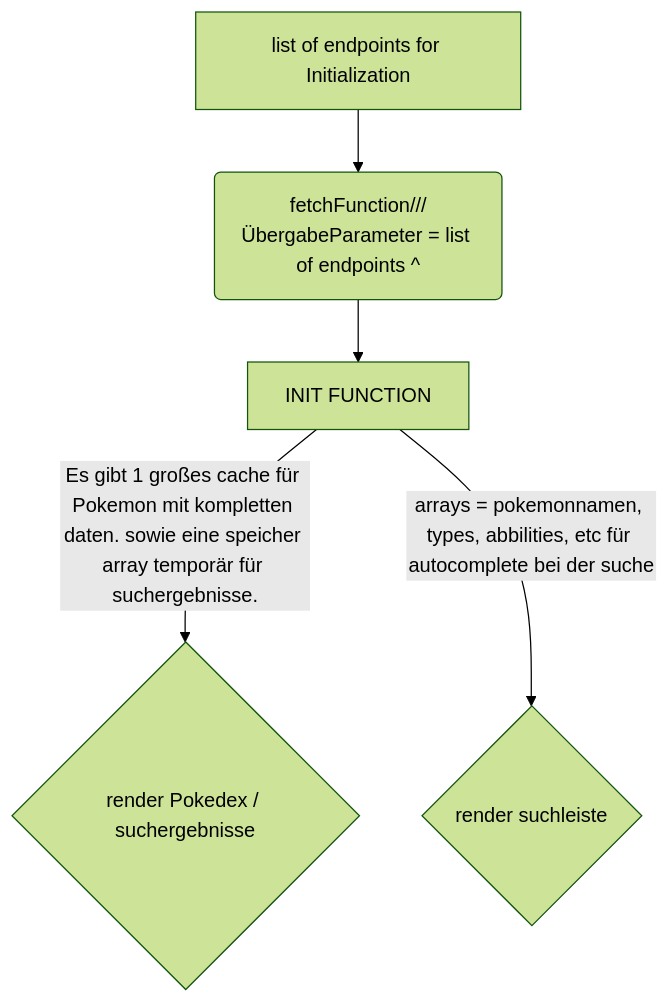
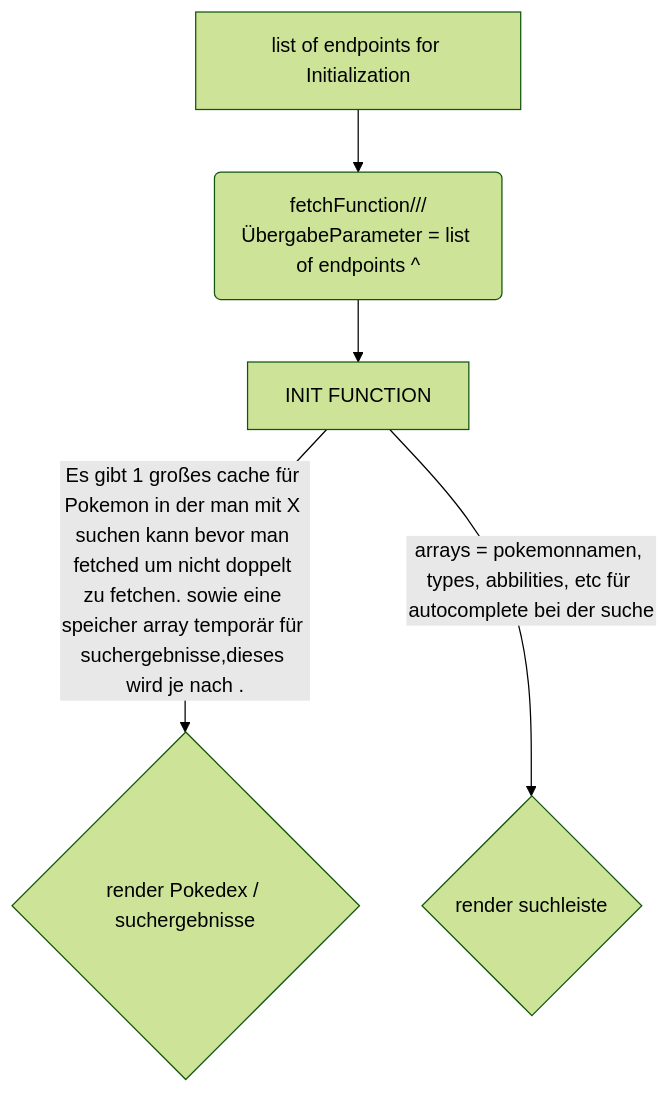
One commit to DN9305/Pokedex changed the second of 2 diagrams in vorbereitung.md. Above: the diagram before and after it, drawn with Mermaid (forest theme). The commit also changed other lines of this file and 5 other files, not shown here.

````diff
--- a/vorbereitung.md
+++ b/vorbereitung.md
@@ -52,11 +54,11 @@
 ```mermaid
 graph TD
 
     
     initEndpoints[list of endpoints for Initialization] --> fetchFuncInit(fetchFunction///ÜbergabeParameter = list of endpoints ^)
     fetchFuncInit --> init[INIT FUNCTION]
-    init --> | Es gibt 1 großes cache für Pokemon mit kompletten daten. sowie eine speicher array temporär für suchergebnisse. | renderP{render Pokedex / suchergebnisse}
+    init --> | Es gibt 1 großes cache für Pokemon in der man mit X suchen kann bevor man fetched um nicht doppelt zu fetchen. sowie eine speicher array temporär für suchergebnisse,dieses wird je nach . | renderP{render Pokedex / suchergebnisse}
     init --> | arrays = pokemonnamen, types, abbilities, etc für autocomplete bei der suche| renderS{render suchleiste}
 
    
 ```
````
